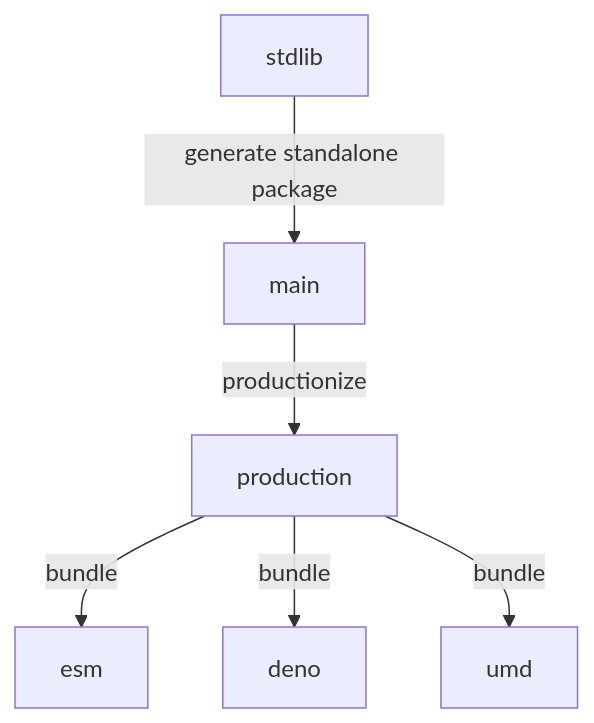
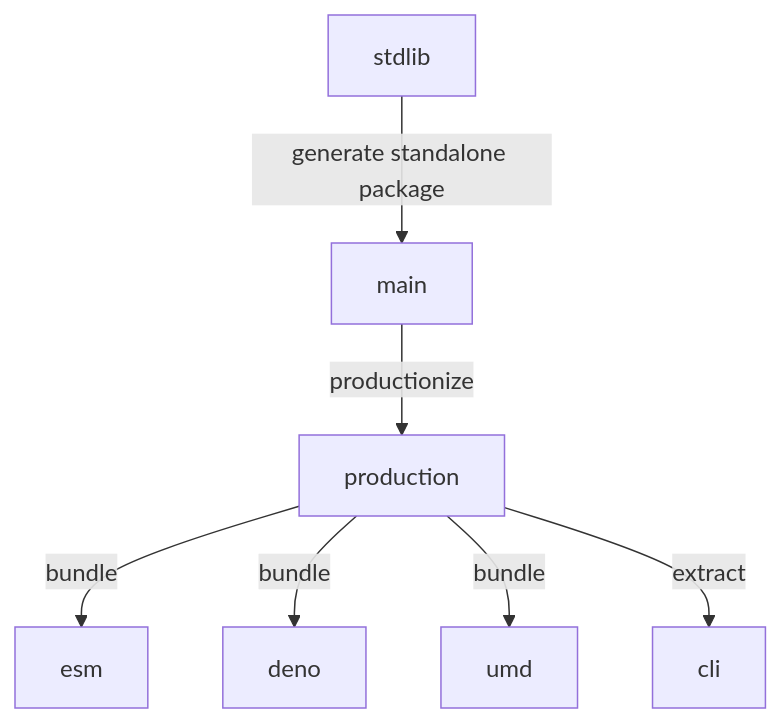
The diagram in branches.md (stdlib-js/random-streams-negative-binomial), drawn with Mermaid before and after one commit. The commit also changed other lines of this file and 11 other files, not shown here.

````diff
--- a/branches.md
+++ b/branches.md
@@ -33,15 +34,17 @@
 ```mermaid
 graph TD;
 A[stdlib]-->|generate standalone package|B;
 B[main] -->|productionize| C[production];
 C -->|bundle| D[esm];
 C -->|bundle| E[deno];
 C -->|bundle| F[umd];
+C -->|extract| G[cli];
 
-click A href "https://github.com/stdlib-js/stdlib/tree/develop/lib/node_modules/%40stdlib/random/streams/negative-binomial"
-click B href "https://github.com/stdlib-js/random-streams-negative-binomial/tree/main"
-click C href "https://github.com/stdlib-js/random-streams-negative-binomial/tree/production"
-click D href "https://github.com/stdlib-js/random-streams-negative-binomial/tree/esm"
-click E href "https://github.com/stdlib-js/random-streams-negative-binomial/tree/deno"
-click F href "https://github.com/stdlib-js/random-streams-negative-binomial/tree/umd"
+%% click A href "https://github.com/stdlib-js/stdlib/tree/develop/lib/node_modules/%40stdlib/random/streams/negative-binomial"
+%% click B href "https://github.com/stdlib-js/random-streams-negative-binomial/tree/main"
+%% click C href "https://github.com/stdlib-js/random-streams-negative-binomial/tree/production"
+%% click D href "https://github.com/stdlib-js/random-streams-negative-binomial/tree/esm"
+%% click E href "https://github.com/stdlib-js/random-streams-negative-binomial/tree/deno"
+%% click F href "https://github.com/stdlib-js/random-streams-negative-binomial/tree/umd"
+%% click G href "https://github.com/stdlib-js/random-streams-negative-binomial/tree/cli"
 ```
````
